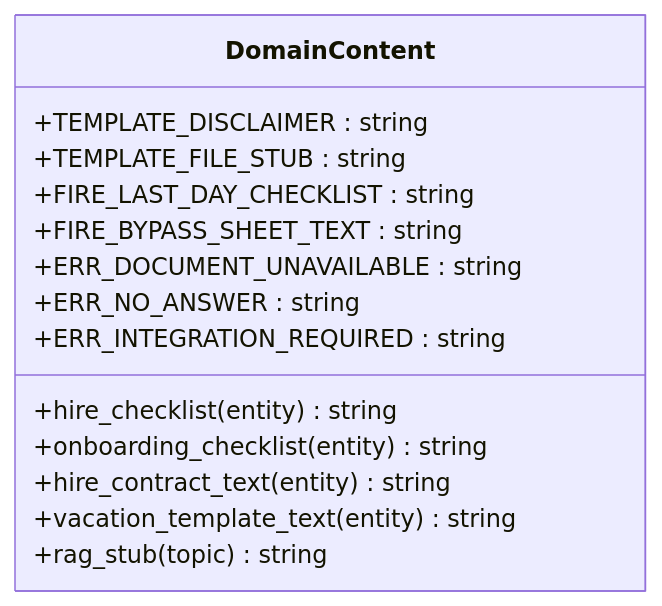
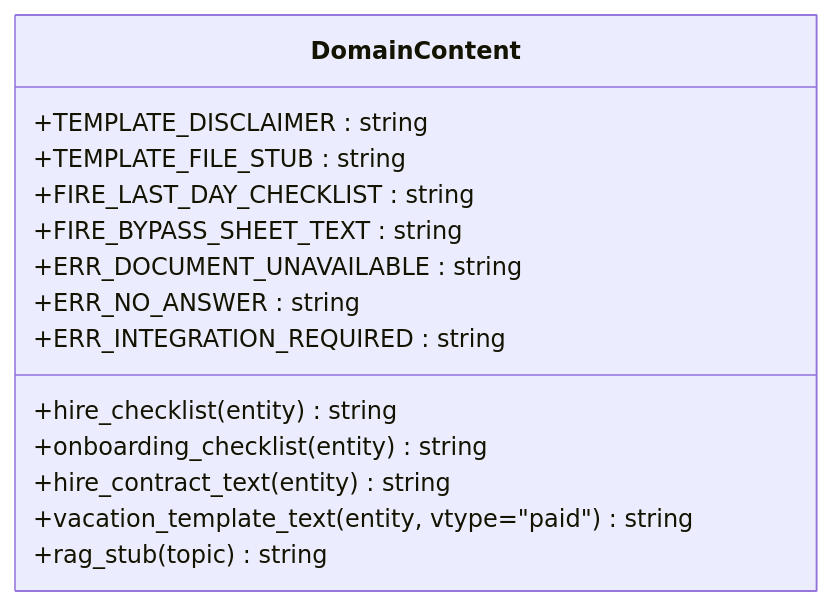
Before and after one commit to ognelis/cafetera_hr_bot: the third of 12 diagrams in .qoder/repowiki/en/content/VK Integration/Domain Content Management.md, drawn with Mermaid. The commit also changed other lines of this file and 26 other files, not shown here.

````diff
--- a/.qoder/repowiki/en/content/VK Integration/Domain Content Management.md
+++ b/.qoder/repowiki/en/content/VK Integration/Domain Content Management.md
@@ -213,17 +212,17 @@
 ```mermaid
 classDiagram
 class DomainContent {
 +TEMPLATE_DISCLAIMER : string
 +TEMPLATE_FILE_STUB : string
 +FIRE_LAST_DAY_CHECKLIST : string
 +FIRE_BYPASS_SHEET_TEXT : string
 +ERR_DOCUMENT_UNAVAILABLE : string
 +ERR_NO_ANSWER : string
 +ERR_INTEGRATION_REQUIRED : string
 +hire_checklist(entity) string
 +onboarding_checklist(entity) string
 +hire_contract_text(entity) string
-+vacation_template_text(entity) string
++vacation_template_text(entity, vtype="paid") string
 +rag_stub(topic) string
 }
 ```
````
